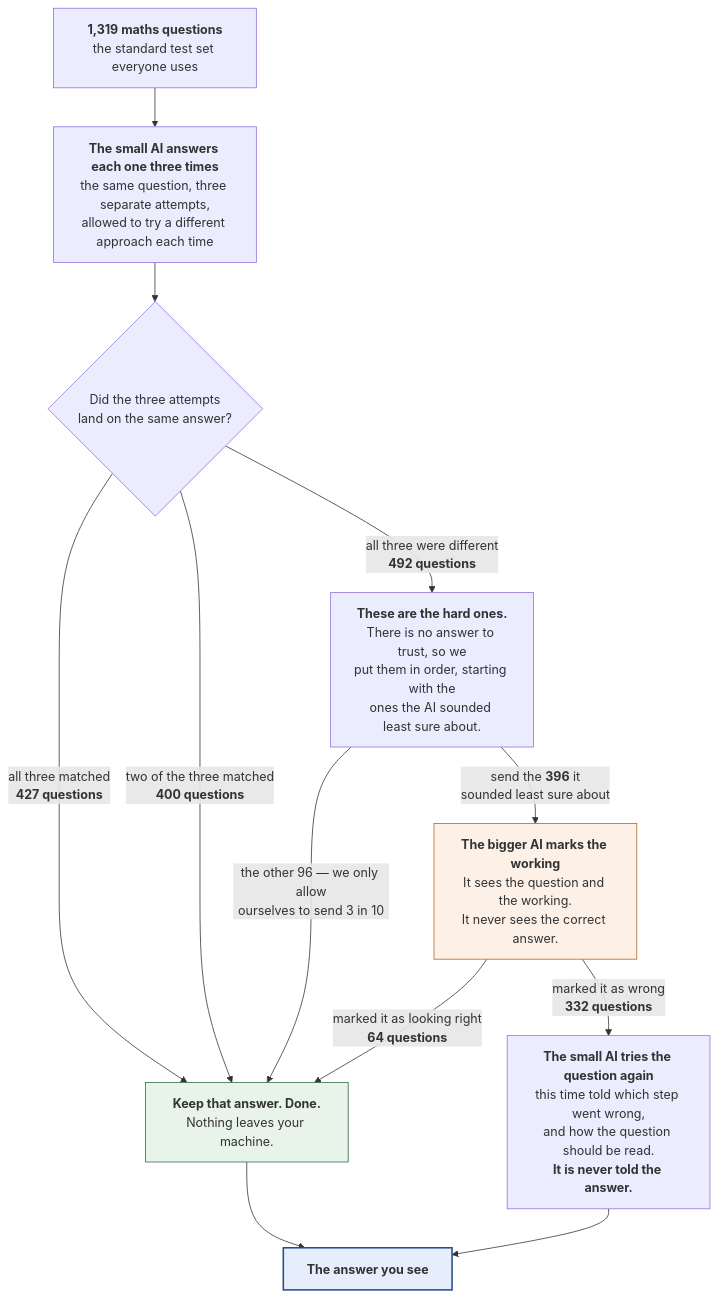
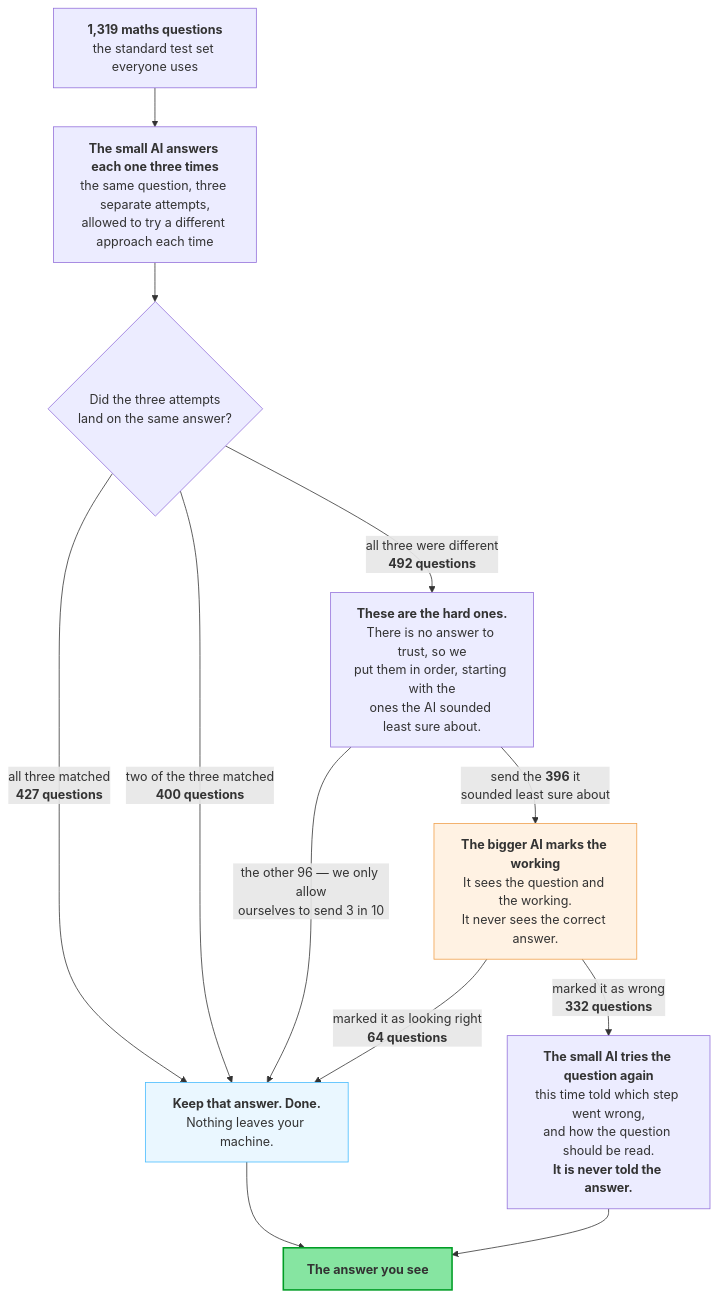
One commit to SaminYeaserKhan/gemma4-finetune changed the second of 6 diagrams in docs/DIAGRAMS.md. Above: the diagram before and after it, drawn with Mermaid. The commit also changed other lines of this file and 143 other files, not shown here.

````diff
--- a/docs/DIAGRAMS.md
+++ b/docs/DIAGRAMS.md
@@ -112,22 +112,22 @@
 ```mermaid
 flowchart TD
     Q["<b>1,319 maths questions</b><br/>the standard test set everyone uses"] --> GEN["<b>The small AI answers each one three times</b><br/>the same question, three separate attempts,<br/>allowed to try a different approach each time"]
     GEN --> CMP{"Did the three attempts<br/>land on the same answer?"}
 
     CMP -->|"all three matched<br/><b>427 questions</b>"| KEEP["<b>Keep that answer. Done.</b><br/>Nothing leaves your machine."]
     CMP -->|"two of the three matched<br/><b>400 questions</b>"| KEEP
     CMP -->|"all three were different<br/><b>492 questions</b>"| RANK["<b>These are the hard ones.</b><br/>There is no answer to trust, so we<br/>put them in order, starting with the<br/>ones the AI sounded least sure about."]
 
     RANK -->|"the other 96 — we only allow<br/>ourselves to send 3 in 10"| KEEP
     RANK -->|"send the <b>396</b> it<br/>sounded least sure about"| JUDGE["<b>The bigger AI marks the working</b><br/>It sees the question and the working.<br/>It never sees the correct answer."]
 
     JUDGE -->|"marked it as looking right<br/><b>64 questions</b>"| KEEP
     JUDGE -->|"marked it as wrong<br/><b>332 questions</b>"| RETRY["<b>The small AI tries the question again</b><br/>this time told which step went wrong,<br/>and how the question should be read.<br/><b>It is never told the answer.</b>"]
 
     RETRY --> FINAL["<b>The answer you see</b>"]
     KEEP --> FINAL
 
-    style KEEP fill:#e8f4ea,stroke:#2d6a4f
-    style JUDGE fill:#fdf0e6,stroke:#b5651d
-    style FINAL fill:#e6eefc,stroke:#2b4c8c,stroke-width:2px
+    style KEEP fill:#eaf7ff,stroke:#46bbfe
+    style JUDGE fill:#fff2e3,stroke:#f0a04b
+    style FINAL fill:#86e5a1,stroke:#009d25,stroke-width:2px
 ```
````
